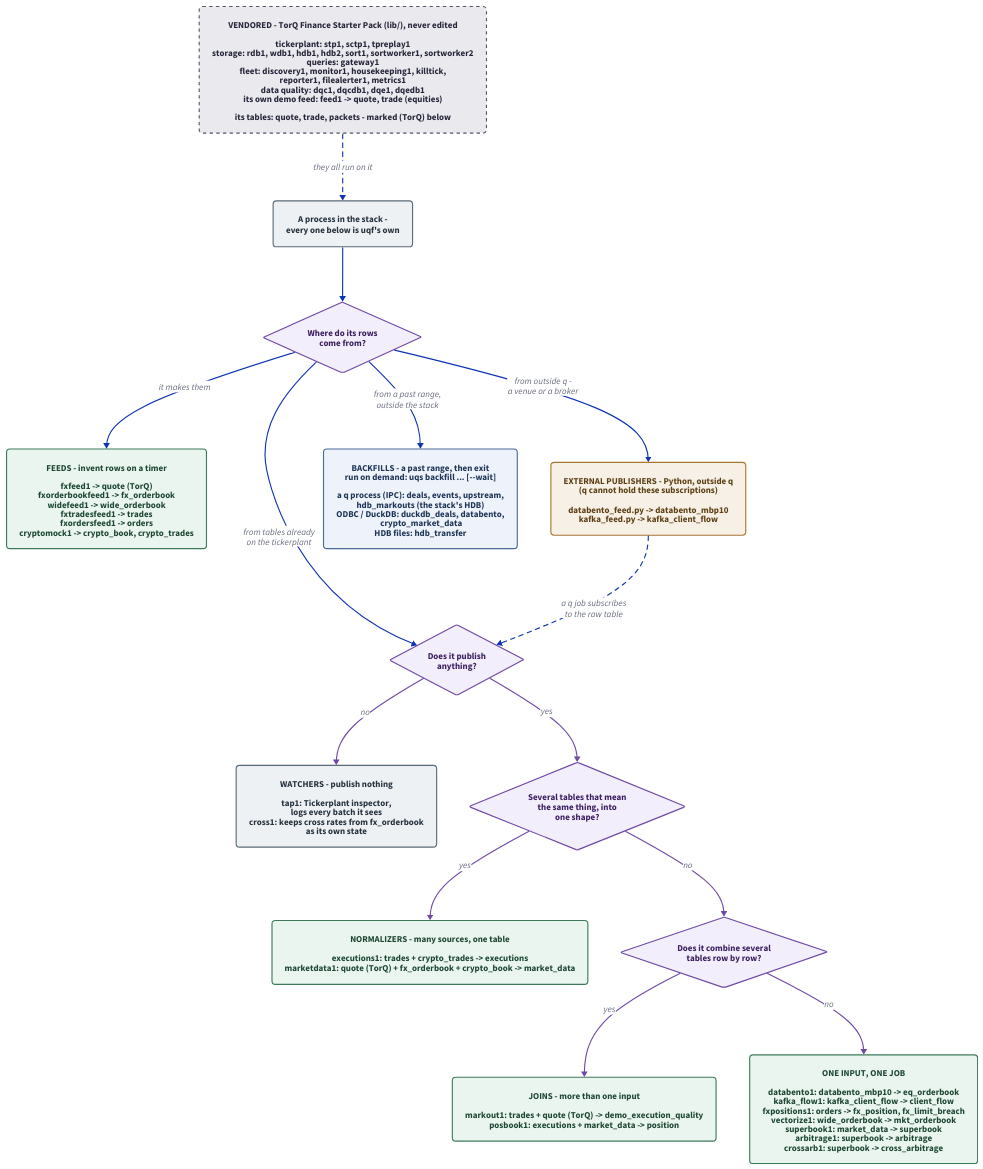
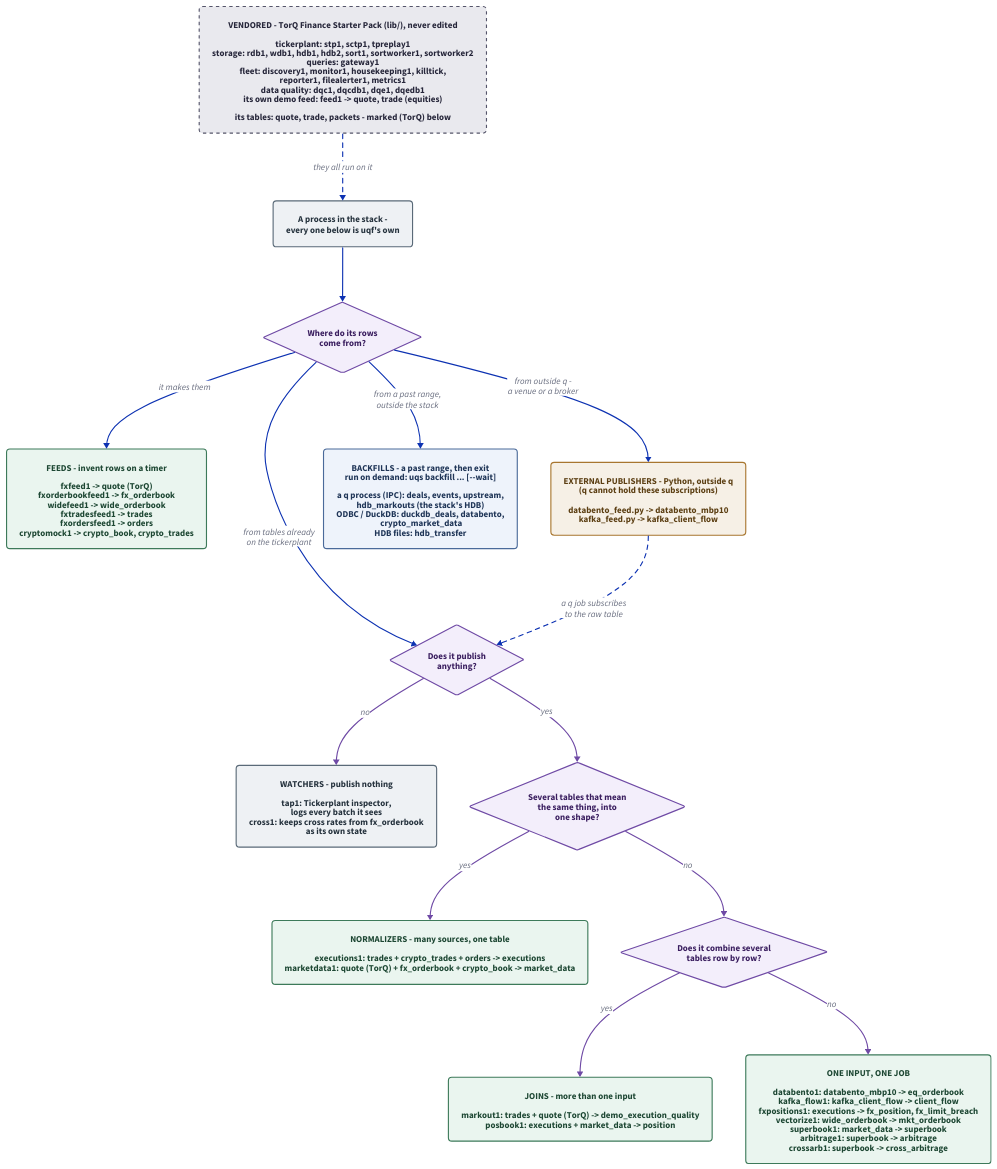
The diagram in docs/diagrams/services-showcase.d2 (kwojdalski/uqf), drawn with D2 before and after one commit. The commit also changed 24 other files, not shown here.

```diff
--- a/docs/diagrams/services-showcase.d2
+++ b/docs/diagrams/services-showcase.d2
@@ -1,125 +1,125 @@
 # services-showcase.d2 - how the stack's processes differ, as a decision tree.
 #
 # Rendered by scripts/generate/render_diagrams.py, which CI runs with
 # --check. Embedded from docs/services/README.md.
 #
 # WHAT THIS DIAGRAM IS FOR. The showcase lists every process; this sorts them
 # by the two things that tell them apart: where their rows come from, and what
 # they do with the tables they read. Each leaf names its processes with the
 # tables they read and write, as the generated process table has them
 # (docs/reference/processes.md) - so it can be checked, not just believed.
 #
 # The Databento and Kafka processes are the easy ones to misread: the
 # PUBLISHER is a Python handler outside q (a q process cannot hold either
 # subscription), and databento1 / kafka_flow1 are ordinary subscribers to the
 # raw table it publishes. The drawing routes them through "from outside q"
 # and back into the subscriber questions for that reason.
 #
 # VENDORED vs OURS. Every process in the tree is uqf's own; the dashed box on
 # top is the TorQ Finance Starter Pack they run on (lib/, never edited) - its
 # 23 processes, as docs/reference/processes.md lists them, and its three
 # tables. A vendored table in a leaf is marked (TorQ): today that is `quote`,
 # which fxfeed1 writes beside TorQ's own feed1.
 
 direction: down
 
 vars: {
   d2-config: {
     pad: 40
   }
 }
 
 classes: {
   question: {
     shape: diamond
     style: {
       fill: "#f3eefb"
       stroke: "#6f4aa5"
       font-color: "#3a1e5f"
     }
   }
   group: {
     style: {
       fill: "#eaf5ef"
       stroke: "#3d7a5a"
       font-color: "#1d4733"
       border-radius: 6
     }
   }
   external: {
     style: {
       fill: "#f6f0e6"
       stroke: "#a8762f"
       font-color: "#5c3f13"
       border-radius: 6
     }
   }
   bounded: {
     style: {
       fill: "#eef3fb"
       stroke: "#4a6a9a"
       font-color: "#1f3557"
       border-radius: 6
     }
   }
   vendored: {
     style: {
       fill: "#e9e9ee"
       stroke: "#55556a"
       font-color: "#26263a"
       border-radius: 6
       stroke-dash: 3
     }
   }
   quiet: {
     style: {
       fill: "#eef1f4"
       stroke: "#5a6a78"
       font-color: "#25323d"
       border-radius: 6
     }
   }
 }
 
 vendored: "VENDORED - TorQ Finance Starter Pack (lib/), never edited\n\ntickerplant: stp1, sctp1, tpreplay1\nstorage: rdb1, wdb1, hdb1, hdb2, sort1, sortworker1, sortworker2\nqueries: gateway1\nfleet: discovery1, monitor1, housekeeping1, killtick,\nreporter1, filealerter1, metrics1\ndata quality: dqc1, dqcdb1, dqe1, dqedb1\nits own demo feed: feed1 -> quote, trade (equities)\n\nits tables: quote, trade, packets - marked (TorQ) below" { class: vendored }
 
 start: "A process in the stack -\nevery one below is uqf's own" { class: quiet }
 
 vendored -> start: "they all run on it" { style.stroke-dash: 4 }
 
 q_source: "Where do its rows\ncome from?" { class: question }
 
 feeds: "FEEDS - invent rows on a timer\n\nfxfeed1 -> quote (TorQ)\nfxorderbookfeed1 -> fx_orderbook\nwidefeed1 -> wide_orderbook\nfxtradesfeed1 -> trades\nfxordersfeed1 -> orders\ncryptomock1 -> crypto_book, crypto_trades" { class: group }
 
 external: "EXTERNAL PUBLISHERS - Python, outside q\n(q cannot hold these subscriptions)\n\ndatabento_feed.py -> databento_mbp10\nkafka_feed.py -> kafka_client_flow" { class: external }
 
 backfills: "BACKFILLS - a past range, then exit\nrun on demand: uqs backfill ... [--wait]\n\na q process (IPC): deals, events, upstream,\nhdb_markouts (the stack's HDB)\nODBC / DuckDB: duckdb_deals, databento,\n crypto_market_data\nHDB files: hdb_transfer" { class: bounded }
 
 q_publish: "Does it publish\nanything?" { class: question }
 
 quiet_leaves: "WATCHERS - publish nothing\n\ntap1: Tickerplant inspector,\nlogs every batch it sees\ncross1: keeps cross rates from fx_orderbook\nas its own state" { class: quiet }
 
 q_same: "Several tables that mean\nthe same thing, into\none shape?" { class: question }
 
-normalizers: "NORMALIZERS - many sources, one table\n\nexecutions1: trades + crypto_trades -> executions\nmarketdata1: quote (TorQ) + fx_orderbook + crypto_book -> market_data" { class: group }
+normalizers: "NORMALIZERS - many sources, one table\n\nexecutions1: trades + crypto_trades + orders -> executions\nmarketdata1: quote (TorQ) + fx_orderbook + crypto_book -> market_data" { class: group }
 
 q_join: "Does it combine several\ntables row by row?" { class: question }
 
 joins: "JOINS - more than one input\n\nmarkout1: trades + quote (TorQ) -> demo_execution_quality\nposbook1: executions + market_data -> position" { class: group }
 
-single: "ONE INPUT, ONE JOB\n\ndatabento1: databento_mbp10 -> eq_orderbook\nkafka_flow1: kafka_client_flow -> client_flow\nfxpositions1: orders -> fx_position, fx_limit_breach\nvectorize1: wide_orderbook -> mkt_orderbook\nsuperbook1: market_data -> superbook\narbitrage1: superbook -> arbitrage\ncrossarb1: superbook -> cross_arbitrage" { class: group }
+single: "ONE INPUT, ONE JOB\n\ndatabento1: databento_mbp10 -> eq_orderbook\nkafka_flow1: kafka_client_flow -> client_flow\nfxpositions1: executions -> fx_position, fx_limit_breach\nvectorize1: wide_orderbook -> mkt_orderbook\nsuperbook1: market_data -> superbook\narbitrage1: superbook -> arbitrage\ncrossarb1: superbook -> cross_arbitrage" { class: group }
 
 start -> q_source
 q_source -> feeds: "it makes them"
 q_source -> external: "from outside q -\na venue or a broker"
 q_source -> q_publish: "from tables already\non the tickerplant"
 q_source -> backfills: "from a past range,\noutside the stack"
 
 external -> q_publish: "a q job subscribes\nto the raw table" { style.stroke-dash: 4 }
 
 q_publish -> quiet_leaves: "no" { style.stroke: "#6f4aa5" }
 q_publish -> q_same: "yes" { style.stroke: "#6f4aa5" }
 q_same -> normalizers: "yes" { style.stroke: "#6f4aa5" }
 q_same -> q_join: "no" { style.stroke: "#6f4aa5" }
 q_join -> joins: "yes" { style.stroke: "#6f4aa5" }
 q_join -> single: "no" { style.stroke: "#6f4aa5" }
```
